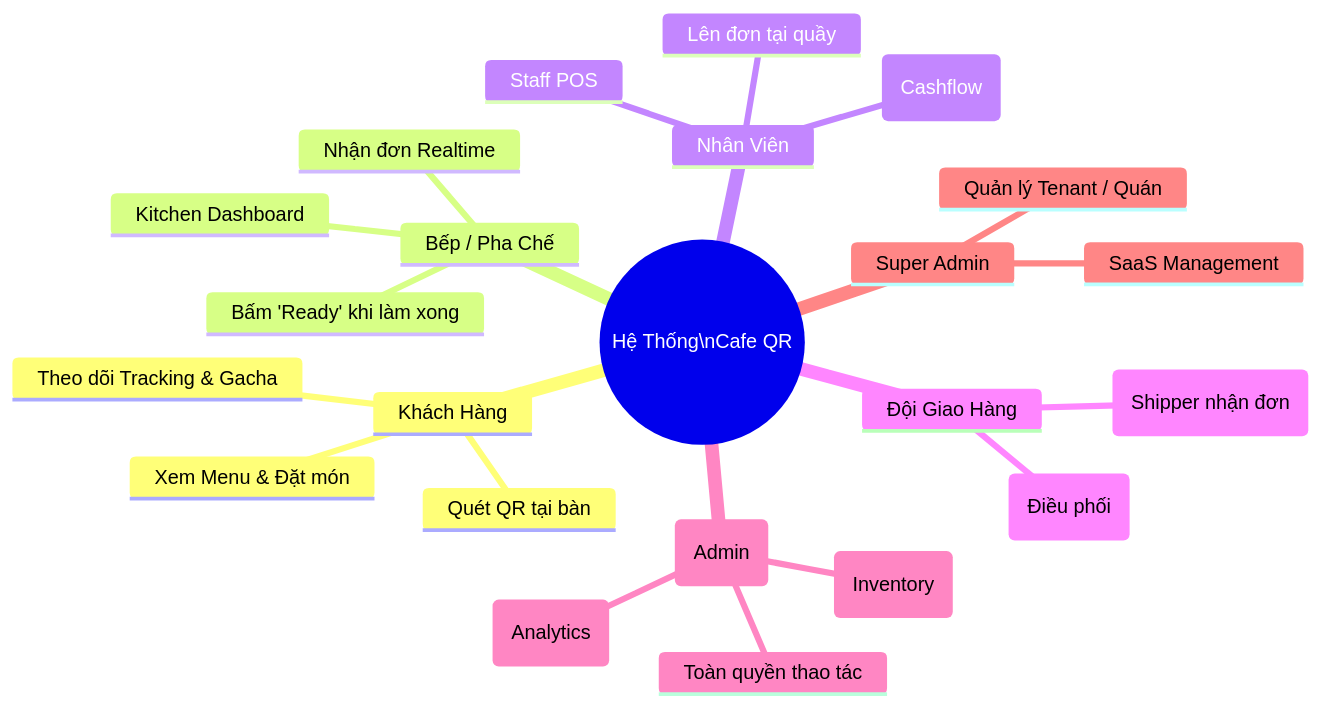
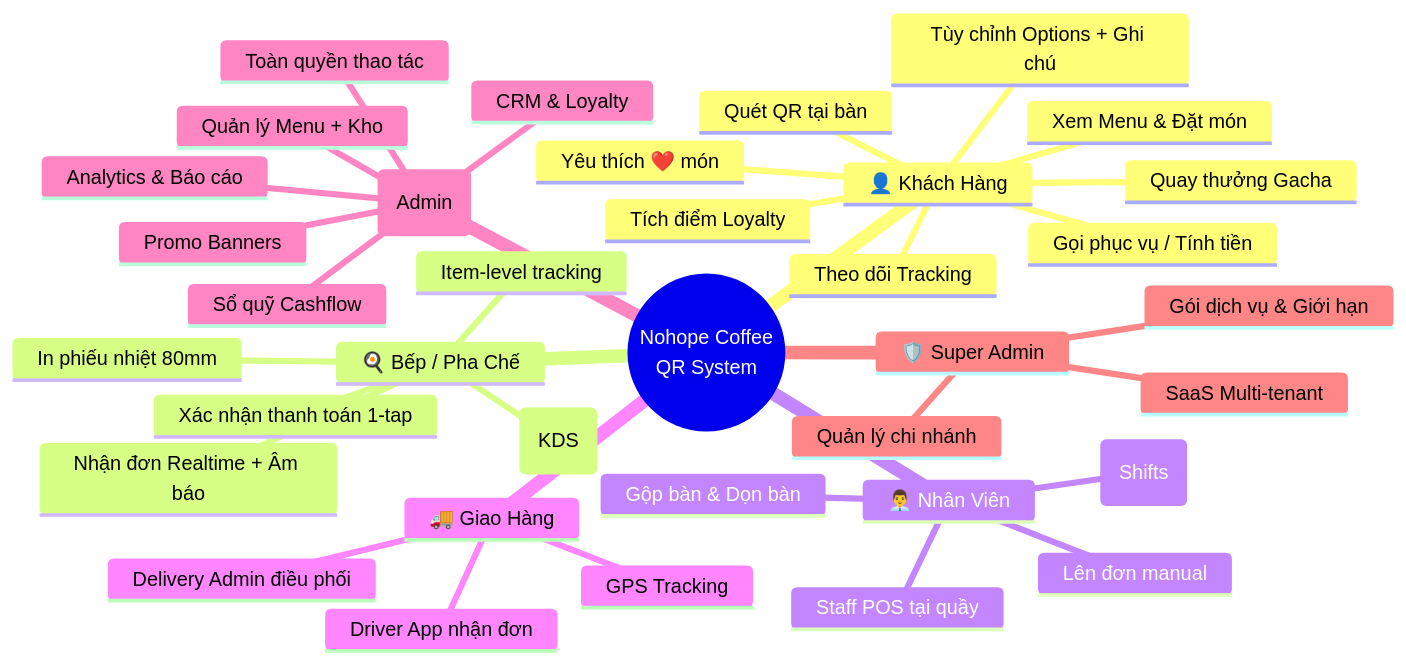
One commit to khoaTF/coffee-house changed the first of 2 diagrams in docs-obsidian/03_User_Roles.md. Above: the diagram before and after it, drawn with Mermaid. The commit also changed other lines of this file and 8 other files, not shown here.

````diff
--- a/docs-obsidian/03_User_Roles.md
+++ b/docs-obsidian/03_User_Roles.md
@@ -7,26 +7,39 @@
 ```mermaid
 mindmap
-  root((Hệ Thống\nCafe QR))
-    Khách Hàng
+  root((Nohope Coffee<br/>QR System))
+    👤 Khách Hàng
       Quét QR tại bàn
       Xem Menu & Đặt món
-      Theo dõi Tracking & Gacha
-    Bếp / Pha Chế
-      Kitchen Dashboard
-      Nhận đơn Realtime
-      Bấm 'Ready' khi làm xong
-    Nhân Viên
-      Staff POS
-      Lên đơn tại quầy
-      Dọn bàn & Nạp tiền (Cashflow)
-    Đội Giao Hàng
-      Delivery Admin (Điều phối)
-      Driver App (Shipper nhận đơn)
-    Quản Trị Viên (Admin)
+      Tùy chỉnh Options + Ghi chú
+      Yêu thích ❤️ món
+      Tích điểm Loyalty
+      Theo dõi Tracking
+      Quay thưởng Gacha
+      Gọi phục vụ / Tính tiền
+    🍳 Bếp / Pha Chế
+      Kitchen Dashboard (KDS)
+      Nhận đơn Realtime + Âm báo
+      Item-level tracking
+      In phiếu nhiệt 80mm
+      Xác nhận thanh toán 1-tap
+    👨‍💼 Nhân Viên
+      Staff POS tại quầy
+      Lên đơn manual
+      Gộp bàn & Dọn bàn
+      Ca làm việc (Shifts)
+    🚚 Giao Hàng
+      Delivery Admin điều phối
+      Driver App nhận đơn
+      GPS Tracking
+    📊 Quản Trị (Admin)
       Toàn quyền thao tác
-      Quản lý kho (Inventory)
-      Báo cáo doanh thu (Analytics)
-    Super Admin
-      SaaS Management
-      Quản lý Tenant / Quán
+      Quản lý Menu + Kho
+      Analytics & Báo cáo
+      CRM & Loyalty
+      Sổ quỹ Cashflow
+      Promo Banners
+    🛡️ Super Admin
+      SaaS Multi-tenant
+      Quản lý chi nhánh
+      Gói dịch vụ & Giới hạn
 ```
````
